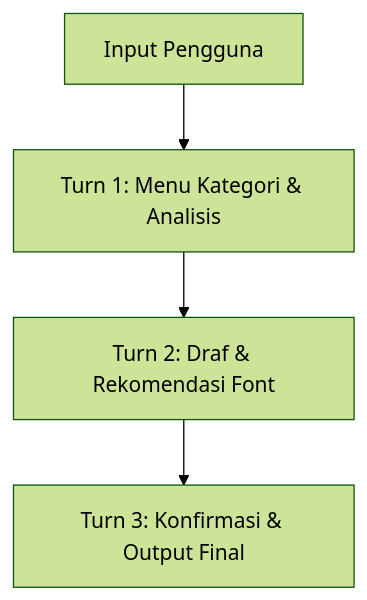
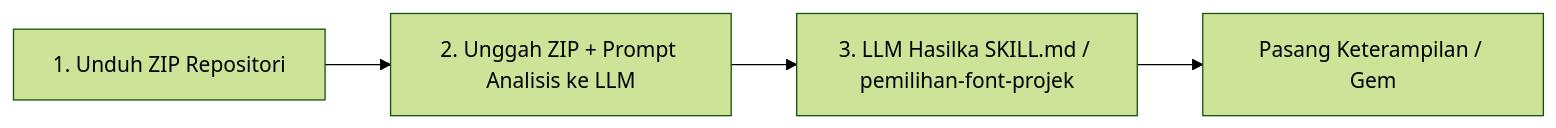
One commit to IR-0058/desain-font-terhadap-buatan-Intelijen changed the diagram in README.md. Above: the diagram before and after it, drawn with Mermaid (forest theme). The commit also changed other lines of this file, not shown here.

````diff
--- a/README.md
+++ b/README.md
@@ -121,6 +12,6 @@
 ```mermaid
-graph TD
-    A[Input Pengguna] --> B[Turn 1: Menu Kategori & Analisis]
-    B --> C[Turn 2: Draf & Rekomendasi Font]
-    C --> D[Turn 3: Konfirmasi & Output Final]
+graph LR
+    A[1. Unduh ZIP Repositori] --> B[2. Unggah ZIP + Prompt Analisis ke LLM]
+    B --> C[3. LLM Hasilka SKILL.md / pemilihan-font-projek]
+    C --> D[Pasang Keterampilan / Gem]
 ```
````
